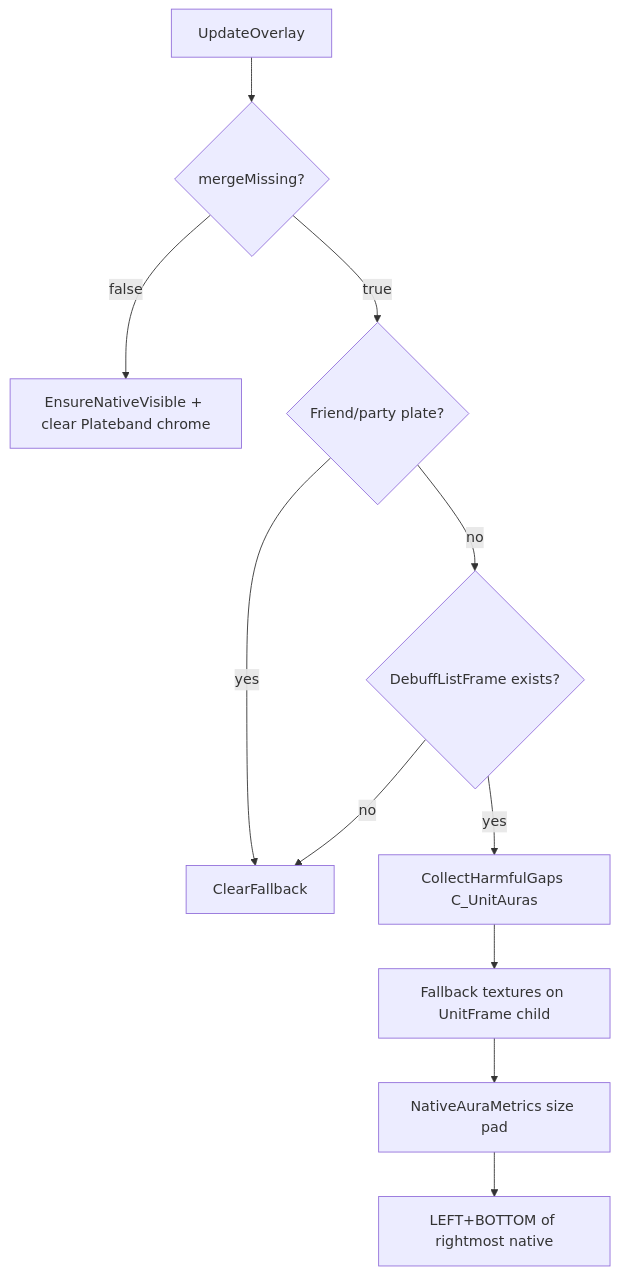
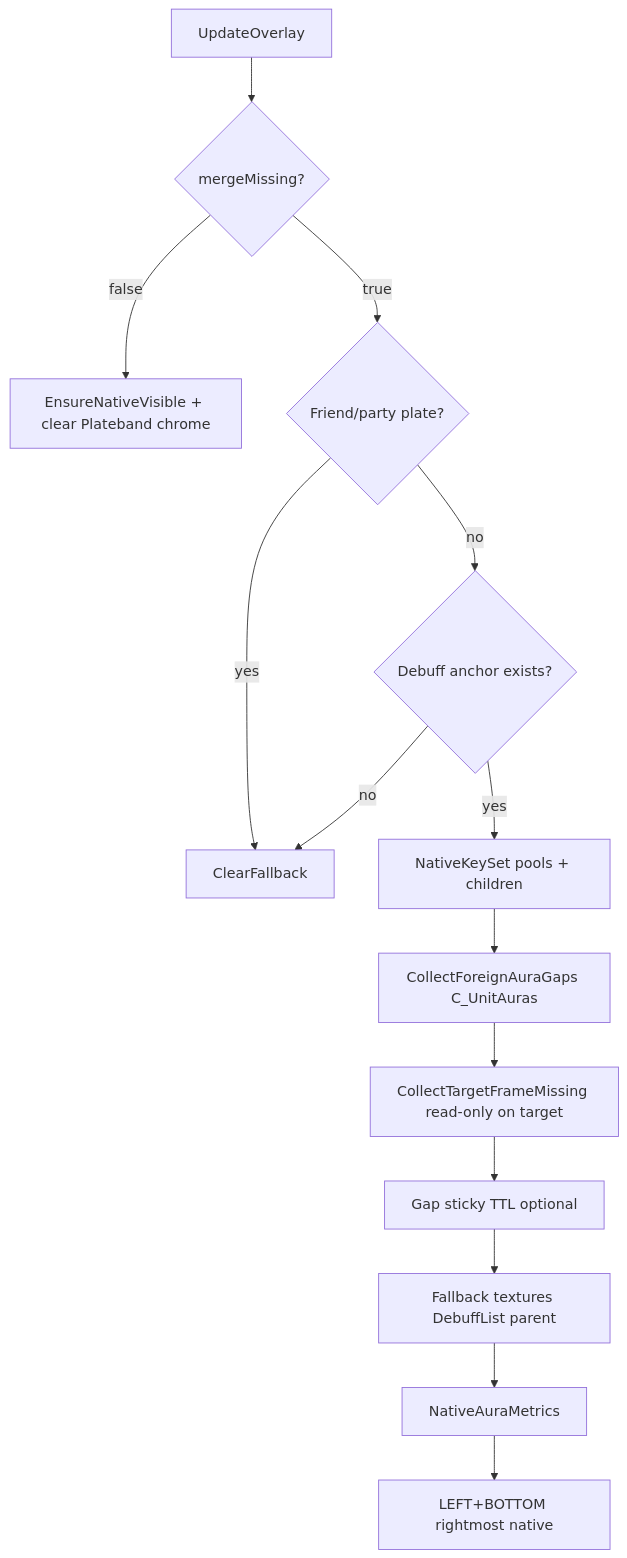
One commit to sirTurbisCZ/wow-forever-addons changed the diagram in addons/Plateband/Docs/merge-design.md. Above: the diagram before and after it, drawn with Mermaid. The commit also changed other lines of this file and 5 other files, not shown here.

First line of the commit message:
Plateband 0.2.4 P0: 0.1.15 foreign+TF contract, 0.2 layout

````diff
--- a/addons/Plateband/Docs/merge-design.md
+++ b/addons/Plateband/Docs/merge-design.md
@@ -24,13 +22,16 @@
 ```mermaid
 flowchart TD
   tick[UpdateOverlay] --> gate{mergeMissing?}
   gate -->|false| nativeOnly[EnsureNativeVisible + clear Plateband chrome]
   gate -->|true| enemy{Friend/party plate?}
   enemy -->|yes| skip[ClearFallback]
-  enemy -->|no| row{DebuffListFrame exists?}
+  enemy -->|no| row{Debuff anchor exists?}
   row -->|no| skip
-  row -->|yes| collect[CollectHarmfulGaps C_UnitAuras]
-  collect --> paint[Fallback textures on UnitFrame child]
-  paint --> metrics[NativeAuraMetrics size pad]
-  metrics --> layout[LEFT+BOTTOM of rightmost native]
+  row -->|yes| native[NativeKeySet pools + children]
+  native --> api[CollectForeignAuraGaps C_UnitAuras]
+  api --> tf[CollectTargetFrameMissing read-only on target]
+  tf --> sticky[Gap sticky TTL optional]
+  sticky --> paint[Fallback textures DebuffList parent]
+  paint --> metrics[NativeAuraMetrics]
+  metrics --> layout[LEFT+BOTTOM rightmost native]
 ```
````
